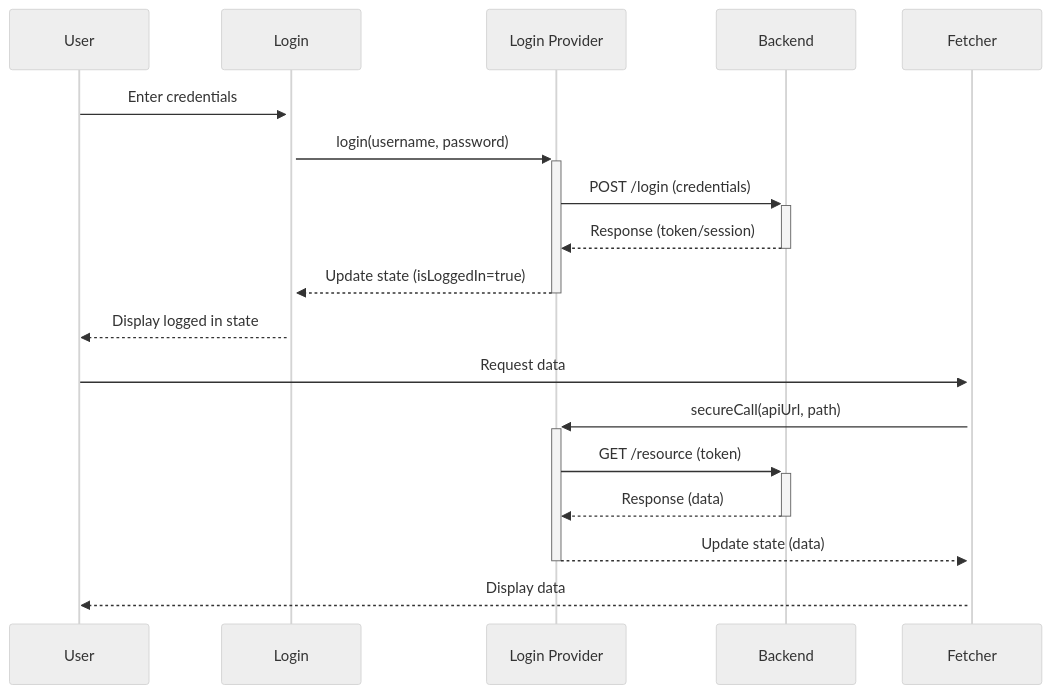
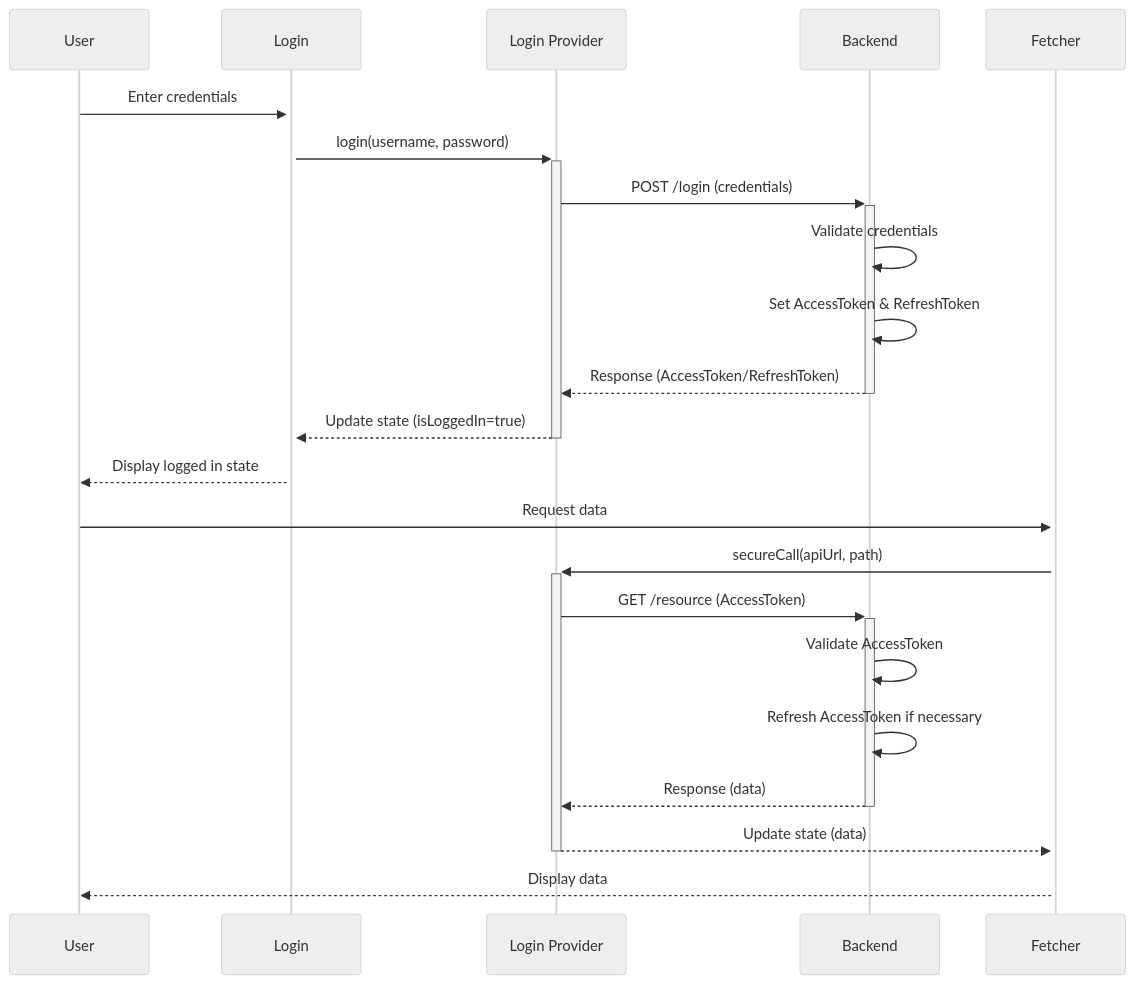
One commit to miwashi-edu/edu-login-provider changed the diagram in README.md. Above: the diagram before and after it, drawn with Mermaid (neutral theme).

````diff
--- a/README.md
+++ b/README.md
@@ -3,22 +3,26 @@
 ```mermaid
 sequenceDiagram
     participant User
     participant Login
     participant LoginProvider as Login Provider
     participant Backend
     participant Fetcher
 
     User->>+Login: Enter credentials
     Login->>+LoginProvider: login(username, password)
     LoginProvider->>+Backend: POST /login (credentials)
-    Backend-->>-LoginProvider: Response (token/session)
+    Backend->>Backend: Validate credentials
+    Backend->>Backend: Set AccessToken & RefreshToken
+    Backend-->>-LoginProvider: Response (AccessToken/RefreshToken)
     LoginProvider-->>-Login: Update state (isLoggedIn=true)
     Login-->>User: Display logged in state
 
     User->>+Fetcher: Request data
     Fetcher->>+LoginProvider: secureCall(apiUrl, path)
-    LoginProvider->>+Backend: GET /resource (token)
+    LoginProvider->>+Backend: GET /resource (AccessToken)
+    Backend->>Backend: Validate AccessToken
+    Backend->>Backend: Refresh AccessToken if necessary
     Backend-->>-LoginProvider: Response (data)
     LoginProvider-->>-Fetcher: Update state (data)
     Fetcher-->>User: Display data
 ```
````
